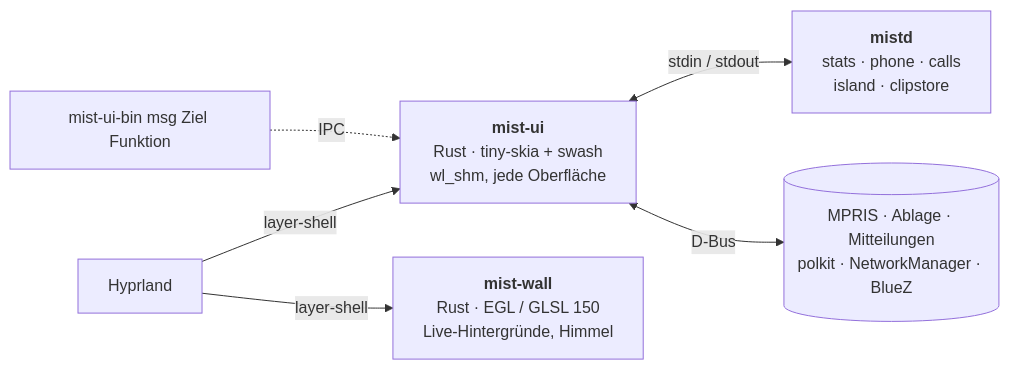
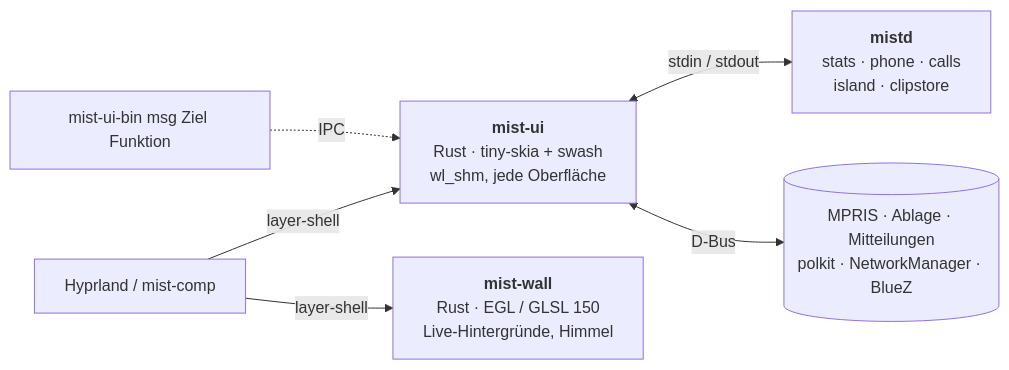
The diagram in docs/i18n/README.de.md (wiktor-jozwiak/mist), drawn with Mermaid before and after one commit. The commit also changed other lines of this file and 6 other files, not shown here.

First line of the commit message:
README (all languages): mist-comp section and benchmarks, compositor tiles

````diff
--- a/docs/i18n/README.de.md
+++ b/docs/i18n/README.de.md
@@ -152,8 +196,8 @@
 ```mermaid
 flowchart LR
-    H[Hyprland] -- layer-shell --> UI["<b>mist-ui</b><br/>Rust · tiny-skia + swash<br/>wl_shm, jede Oberfläche"]
+    H["Hyprland / mist-comp"] -- layer-shell --> UI["<b>mist-ui</b><br/>Rust · tiny-skia + swash<br/>wl_shm, jede Oberfläche"]
     H -- layer-shell --> W["<b>mist-wall</b><br/>Rust · EGL / GLSL 150<br/>Live-Hintergründe, Himmel"]
     UI <-- "stdin / stdout" --> D["<b>mistd</b><br/>stats · phone · calls<br/>island · clipstore"]
     UI <-- D-Bus --> S[(MPRIS · Ablage · Mitteilungen<br/>polkit · NetworkManager · BlueZ)]
     CLI["mist-ui-bin msg Ziel Funktion"] -. IPC .-> UI
 ```
````
